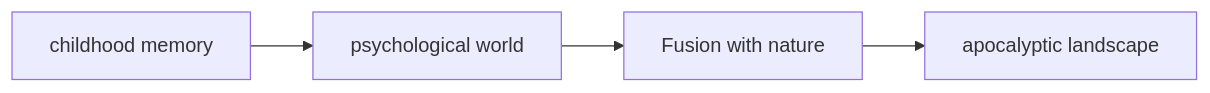
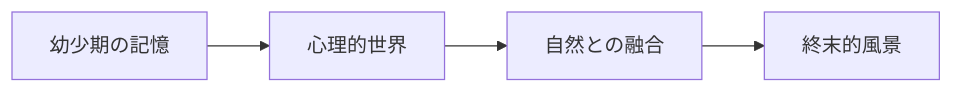
One commit to monumental-movement/monumental-movement.github.io changed the fifth of 10 diagrams in en/_posts/2026-07-18-column-boards-of-canada.md. Above: the diagram before and after it, drawn with Mermaid. The commit also changed other lines of this file and 2196 other files, not shown here.

```diff
--- a/en/_posts/2026-07-18-column-boards-of-canada.md
+++ b/en/_posts/2026-07-18-column-boards-of-canada.md
@@ -552,6 +551,6 @@
 <div class="mermaid">
 flowchart LR
-A[childhood memory] --> B[psychological world]
-B --> C[Fusion with nature]
-C --> D[apocalyptic landscape]
+A[幼少期の記憶] --> B[心理的世界]
+B --> C[自然との融合]
+C --> D[終末的風景]
 </div>
```
